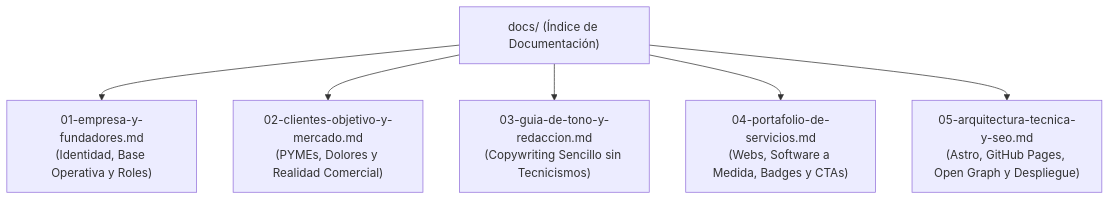
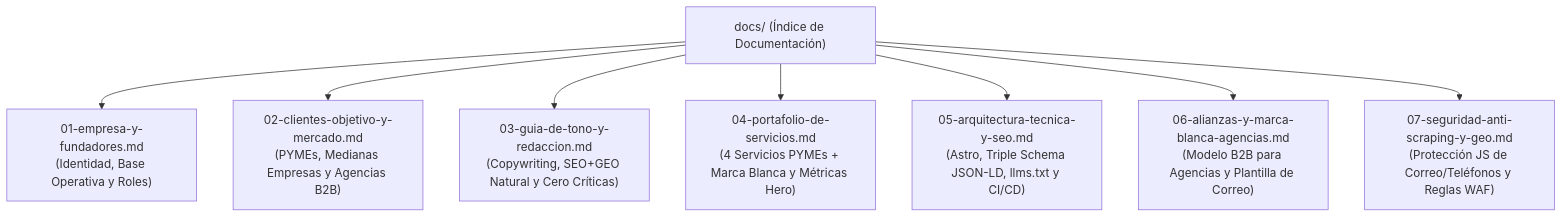
One commit to kevinPoncema/LaPon-solutions changed the diagram in docs/README.md. Above: the diagram before and after it, drawn with Mermaid. The commit also changed other lines of this file and 8 other files, not shown here.

Commit message:
docs: update context and documentation for white-label agencies, GEO, and anti-scraping security

````diff
--- a/docs/README.md
+++ b/docs/README.md
@@ -9,9 +9,11 @@
 ```mermaid
 graph TD
     DOCS["docs/ (Índice de Documentación)"]
     DOCS --> D1["01-empresa-y-fundadores.md<br/>(Identidad, Base Operativa y Roles)"]
-    DOCS --> D2["02-clientes-objetivo-y-mercado.md<br/>(PYMEs, Dolores y Realidad Comercial)"]
-    DOCS --> D3["03-guia-de-tono-y-redaccion.md<br/>(Copywriting Sencillo sin Tecnicismos)"]
-    DOCS --> D4["04-portafolio-de-servicios.md<br/>(Webs, Software a Medida, Badges y CTAs)"]
-    DOCS --> D5["05-arquitectura-tecnica-y-seo.md<br/>(Astro, GitHub Pages, Open Graph y Despliegue)"]
+    DOCS --> D2["02-clientes-objetivo-y-mercado.md<br/>(PYMEs, Medianas Empresas y Agencias B2B)"]
+    DOCS --> D3["03-guia-de-tono-y-redaccion.md<br/>(Copywriting, SEO+GEO Natural y Cero Críticas)"]
+    DOCS --> D4["04-portafolio-de-servicios.md<br/>(4 Servicios PYMEs + Marca Blanca y Métricas Hero)"]
+    DOCS --> D5["05-arquitectura-tecnica-y-seo.md<br/>(Astro, Triple Schema JSON-LD, llms.txt y CI/CD)"]
+    DOCS --> D6["06-alianzas-y-marca-blanca-agencias.md<br/>(Modelo B2B para Agencias y Plantilla de Correo)"]
+    DOCS --> D7["07-seguridad-anti-scraping-y-geo.md<br/>(Protección JS de Correo/Teléfonos y Reglas WAF)"]
 ```
````
